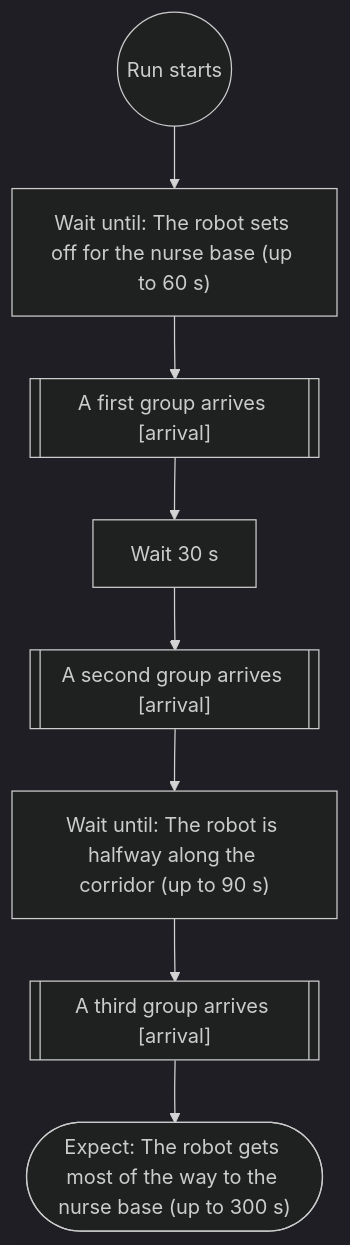
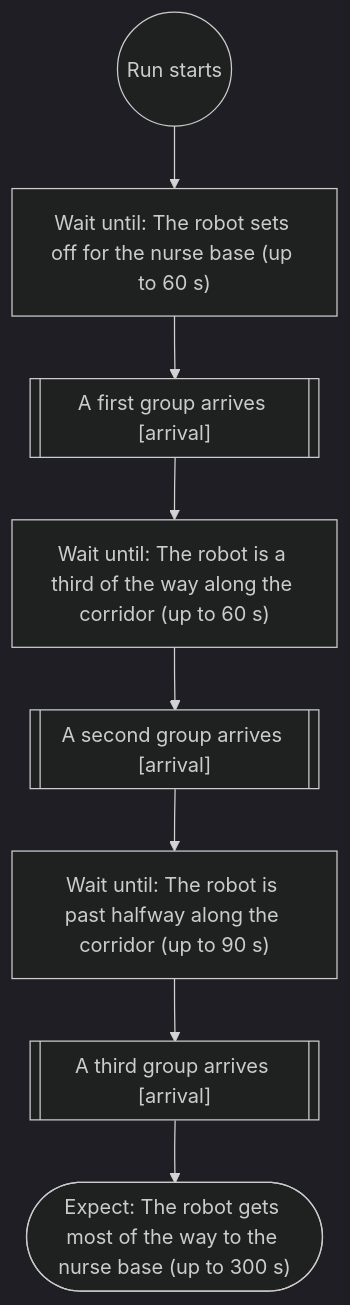
The seventh of 9 diagrams in docs/scenario-flows.md (Bkrakshith/hospital-sim-agents), drawn with Mermaid (dark theme) before and after one commit. The commit also changed other lines of this file and 12 other files, not shown here.

````diff
--- a/docs/scenario-flows.md
+++ b/docs/scenario-flows.md
@@ -211,18 +216,18 @@
 ```mermaid
 flowchart TD
   n1(("Run starts"))
   n2["Wait until: The robot sets off for the nurse base (up to 60 s)"]
   n1 --> n2
   n3[["A first group arrives [arrival]"]]
   n2 --> n3
-  n4["Wait 30 s"]
+  n4["Wait until: The robot is a third of the way along the corridor (up to 60 s)"]
   n3 --> n4
   n5[["A second group arrives [arrival]"]]
   n4 --> n5
-  n6["Wait until: The robot is halfway along the corridor (up to 90 s)"]
+  n6["Wait until: The robot is past halfway along the corridor (up to 90 s)"]
   n5 --> n6
   n7[["A third group arrives [arrival]"]]
   n6 --> n7
   n8(["Expect: The robot gets most of the way to the nurse base (up to 300 s)"])
   n7 --> n8
 ```
````
